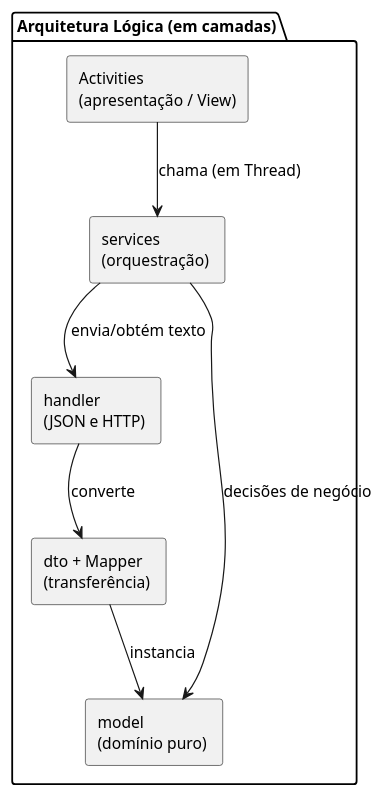
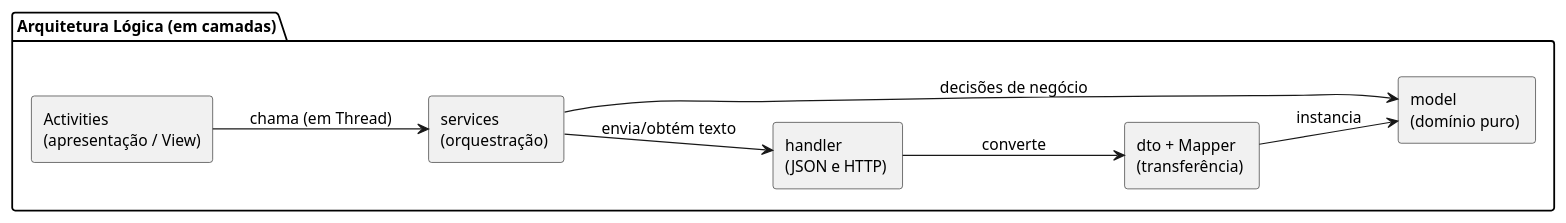
Before and after one commit to compaqle/DSSMV_ProjectDroid_1251486_1251506: the diagram in .docs/diagramas/design/logical_architecture.puml, drawn with PlantUML. The commit also changed 21 other files, not shown here.

```diff
--- a/.docs/diagramas/design/logical_architecture.puml
+++ b/.docs/diagramas/design/logical_architecture.puml
@@ -1,18 +1,19 @@
 @startuml
 skinparam componentStyle rectangle
 skinparam defaultFontSize 13
+left to right direction
 
 package "Arquitetura Lógica (em camadas)" {
   [Activities\n(apresentação / View)] as v
   [services\n(orquestração) ] as s
   [handler\n(JSON e HTTP) ] as h
   [dto + Mapper\n(transferência) ] as d
   [model\n(domínio puro) ] as m
+
+  v --> s : chama (em Thread)
+  s --> h : envia/obtém texto
+  h --> d : converte
+  d --> m : instancia
+  s --> m : decisões de negócio
 }
-
-v --> s : chama (em Thread)
-s --> h : envia/obtém texto
-h --> d : converte
-d --> m : instancia
-s --> m : decisões de negócio
 @enduml
```
